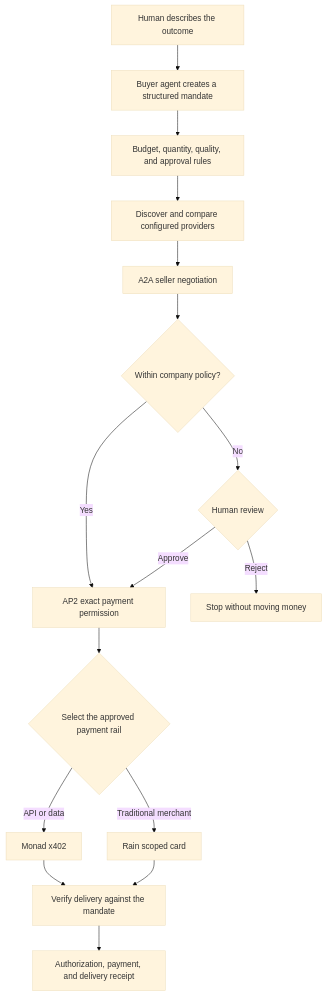
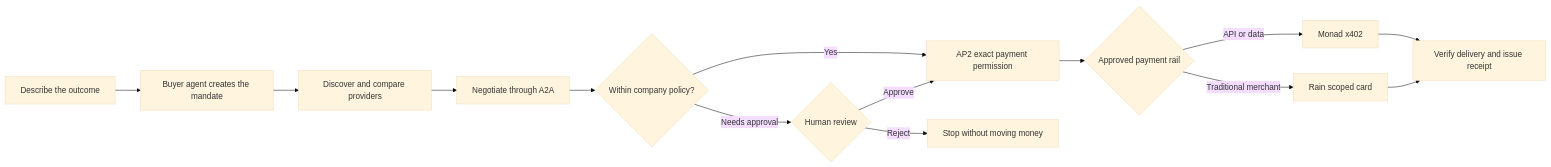
Before and after one commit to saikrishnabolla/caravel: the second of 4 diagrams in README.md, drawn with Mermaid (base theme). The commit also changed other lines of this file and 2 other files, not shown here.

Commit message:
Add judge-focused architecture documentation
Add compact buying and selling flows, a complete editable Excalidraw architecture, infrastructure badges, explicit environment boundaries, and judge-focused demo documentation.

````diff
--- a/README.md
+++ b/README.md
@@ -92,18 +110,16 @@
 ```mermaid
-flowchart TD
-    H[Human describes the outcome] --> B[Buyer agent creates a structured mandate]
-    B --> M[Budget, quantity, quality, and approval rules]
-    M --> D[Discover and compare configured providers]
-    D --> N[A2A seller negotiation]
+flowchart LR
+    H[Describe the outcome] --> B[Buyer agent creates the mandate]
+    B --> D[Discover and compare providers]
+    D --> N[Negotiate through A2A]
     N --> P{Within company policy?}
     P -->|Yes| A[AP2 exact payment permission]
-    P -->|No| R{Human review}
+    P -->|Needs approval| R{Human review}
     R -->|Approve| A
     R -->|Reject| S[Stop without moving money]
-    A --> X{Select the approved payment rail}
-    X -->|API or data| MX[Monad x402]
-    X -->|Traditional merchant| RC[Rain scoped card]
-    MX --> V[Verify delivery against the mandate]
-    RC --> V
-    V --> T[Authorization, payment, and delivery receipt]
+    A --> X{Approved payment rail}
+    X -->|API or data| M[Monad x402]
+    X -->|Traditional merchant| C[Rain scoped card]
+    M --> V[Verify delivery and issue receipt]
+    C --> V
 ```
````
